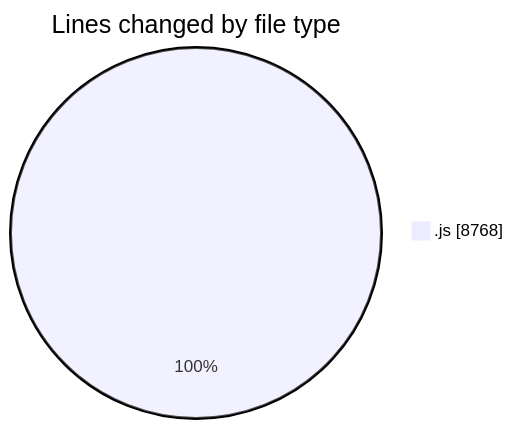
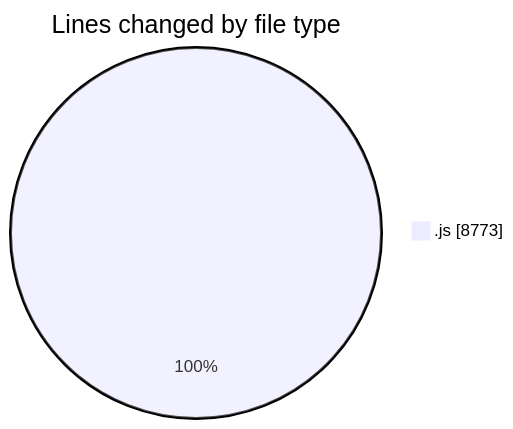
Before and after one commit to nxtqubesakshisongat/code-tracking: the first of 2 diagrams in 2025-08-11/nxtqube_webapp/README.md, drawn with Mermaid. The commit also changed other lines of this file and 1 other file, not shown here.

````diff
--- a/2025-08-11/nxtqube_webapp/README.md
+++ b/2025-08-11/nxtqube_webapp/README.md
@@ -21,5 +21,5 @@
 ```mermaid
 pie showData
 title Lines changed by file type
-".js" : 8768
+".js" : 8773
 ```
````
